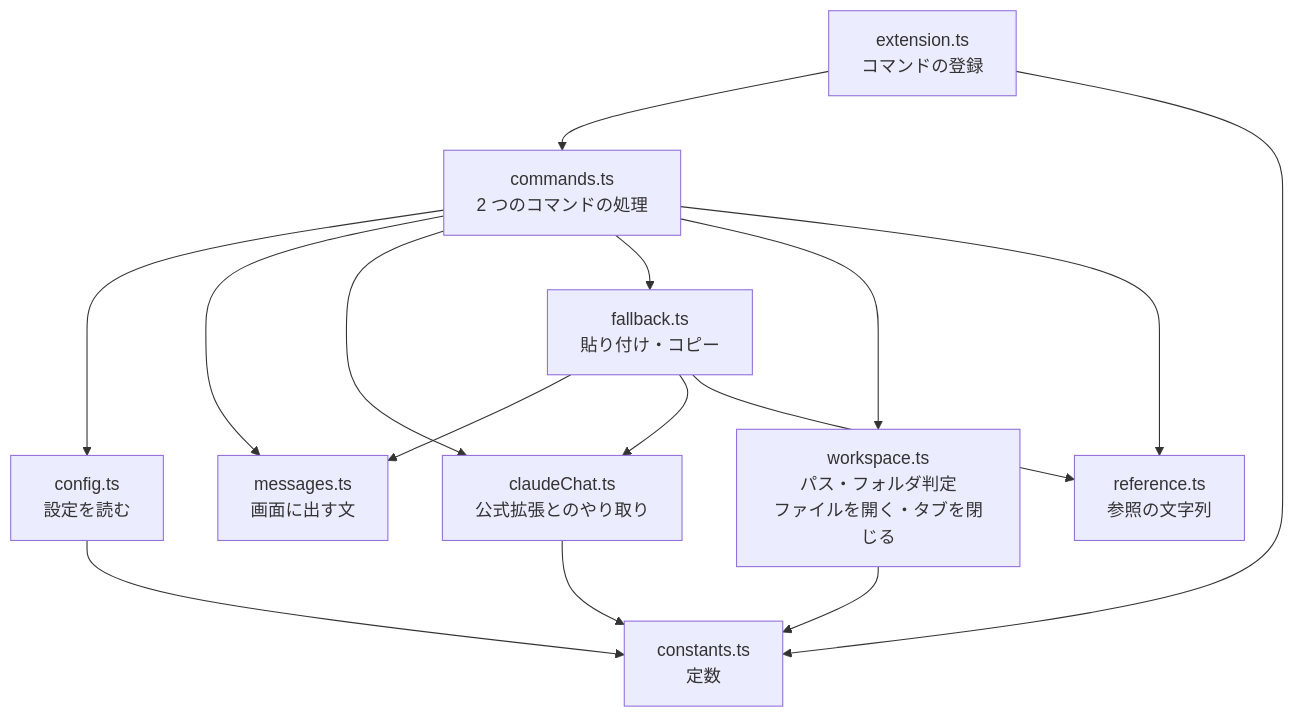
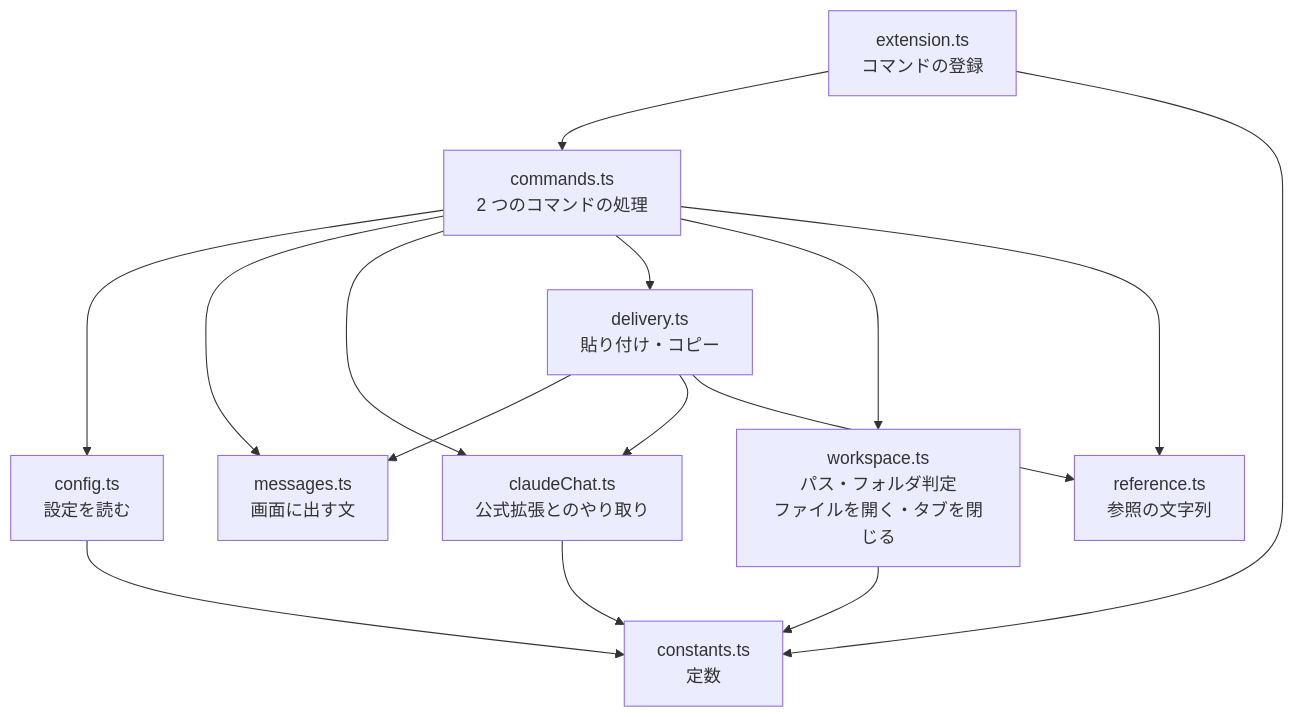
The third of 7 diagrams in docs/ARCHITECTURE.md (kip2/refs-to-chat), drawn with Mermaid before and after one commit. The commit also changed other lines of this file and 20 other files, not shown here.

````diff
--- a/docs/ARCHITECTURE.md
+++ b/docs/ARCHITECTURE.md
@@ -131,17 +133,17 @@
 ```mermaid
 flowchart TD
   EXT["extension.ts<br/>コマンドの登録"] --> CMD["commands.ts<br/>2 つのコマンドの処理"]
   EXT --> CONST["constants.ts<br/>定数"]
   CMD --> CFG["config.ts<br/>設定を読む"]
   CFG --> CONST
   CMD --> MSG["messages.ts<br/>画面に出す文"]
+  CMD --> CHAT["claudeChat.ts<br/>公式拡張とのやり取り"]
+  CMD --> FB["delivery.ts<br/>貼り付け・コピー"]
   FB --> MSG
-  CMD --> CHAT["claudeChat.ts<br/>公式拡張とのやり取り"]
-  CMD --> FB["fallback.ts<br/>貼り付け・コピー"]
   CMD --> WS["workspace.ts<br/>パス・フォルダ判定<br/>ファイルを開く・タブを閉じる"]
   CMD --> REF["reference.ts<br/>参照の文字列"]
   FB --> CHAT
   FB --> REF
   CHAT --> CONST
   WS --> CONST
 ```
````
